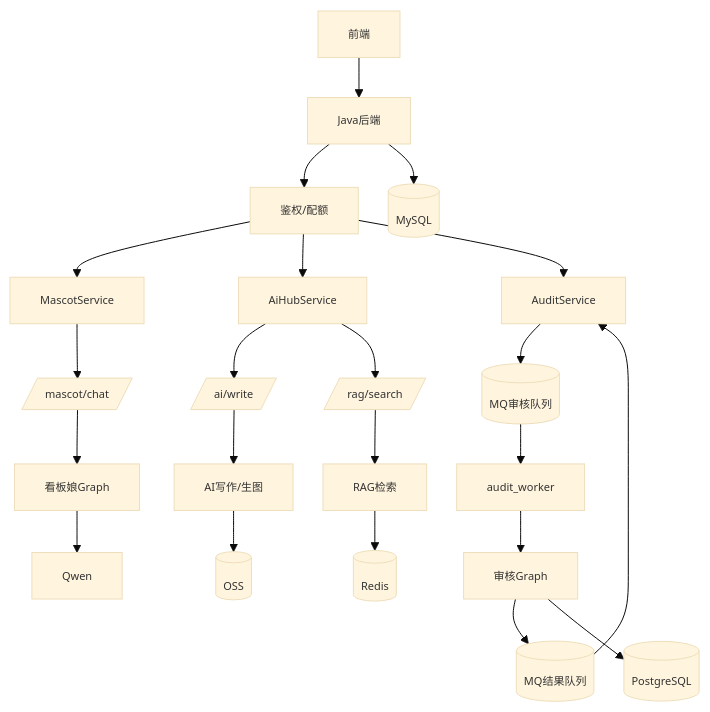
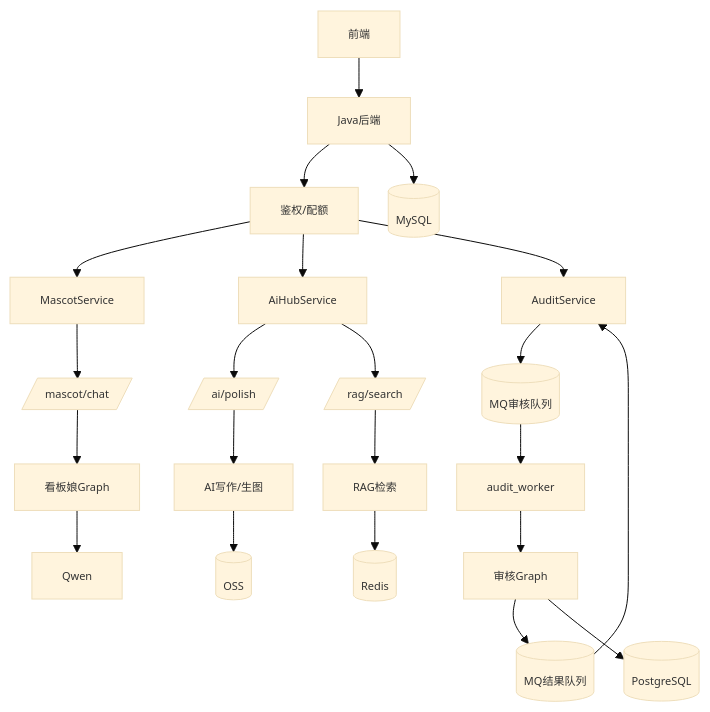
One commit to pluchon/mengmeng_forum changed the third of 23 diagrams in README.md. Above: the diagram before and after it, drawn with Mermaid. The commit also changed other lines of this file and 9 other files, not shown here.

First line of the commit message:
feat: 看板娘接入上下文生图委派

````diff
--- a/README.md
+++ b/README.md
@@ -136,29 +136,29 @@
 ```mermaid
 %%{init: {'theme':'base', 'themeVariables': {'fontSize':'11px'}, 'flowchart': {'curve':'basis', 'nodeSpacing': 30, 'rankSpacing': 40}}}%%
 flowchart TD
   FE[前端] --> BE[Java后端]
   BE --> AUTH[鉴权/配额]
   AUTH --> MASCOT_J[MascotService]
   AUTH --> AIHUB_J[AiHubService]
   AUTH --> AUDIT_J[AuditService]
   
   MASCOT_J --> MASCOT_API[/mascot/chat/]
-  AIHUB_J --> AI_API[/ai/write/]
+  AIHUB_J --> AI_API[/ai/polish/]
   AIHUB_J --> RAG_API[/rag/search/]
   
   MASCOT_API --> MASCOT_G[看板娘Graph]
   AI_API --> HUB_SVC[AI写作/生图]
   RAG_API --> RAG[RAG检索]
   
   AUDIT_J --> MQ_TASK[(MQ审核队列)]
   MQ_TASK --> WORKER[audit_worker]
   WORKER --> AUDIT_G[审核Graph]
   AUDIT_G --> MQ_RESULT[(MQ结果队列)]
   MQ_RESULT --> AUDIT_J
   
   BE --> MYSQL[(MySQL)]
   RAG --> REDIS[(Redis)]
   AUDIT_G --> PG[(PostgreSQL)]
   MASCOT_G --> MODEL[Qwen]
   HUB_SVC --> OSS[(OSS)]
 ```
````
